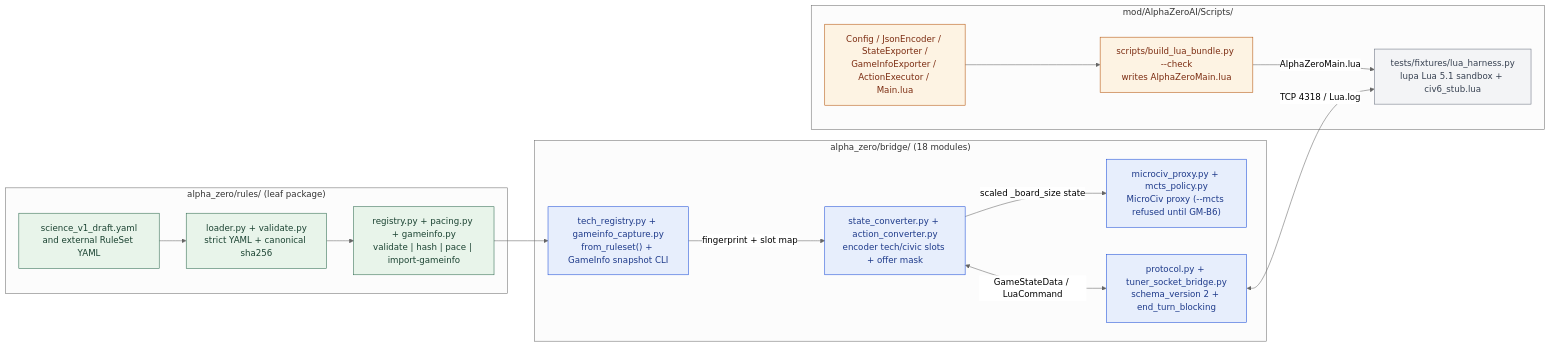
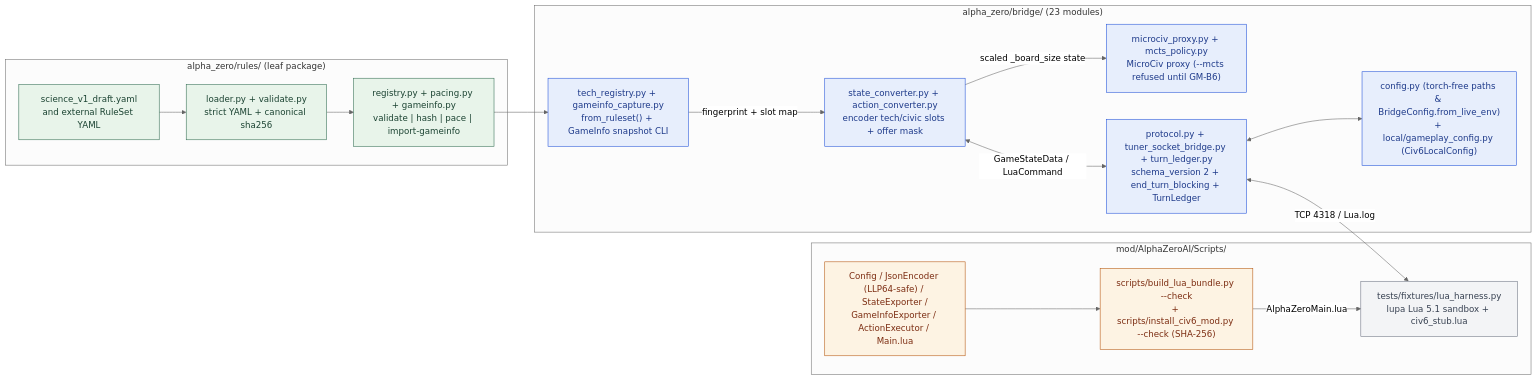
One commit to Mango-Metrics-NLM/Civ6-AlphaZero changed the ninth of 9 diagrams in docs/architecture/C4_ARCHITECTURE.md. Above: the diagram before and after it, drawn with Mermaid (neutral theme). The commit also changed other lines of this file and 45 other files, not shown here.

First line of the commit message:
fix(live-civ6): verify live mod parity, decompose gameplay config, and harden pre-PR gates

````diff
--- a/docs/architecture/C4_ARCHITECTURE.md
+++ b/docs/architecture/C4_ARCHITECTURE.md
@@ -546,33 +547,35 @@
 ```mermaid
 flowchart LR
     classDef leaf fill:#e8f4ea,stroke:#2d6a4f,color:#1b4332
     classDef bridge fill:#e7eefc,stroke:#1d4ed8,color:#1e3a8a
     classDef lua fill:#fdf3e3,stroke:#b45309,color:#7c2d12
     classDef test fill:#f3f4f6,stroke:#6b7280,color:#374151
 
     subgraph Rules["alpha_zero/rules/ (leaf package)"]
         Yaml["science_v1_draft.yaml\nand external RuleSet YAML"]:::leaf
         Loader["loader.py + validate.py\nstrict YAML + canonical sha256"]:::leaf
         Registry["registry.py + pacing.py + gameinfo.py\nvalidate | hash | pace | import-gameinfo"]:::leaf
     end
 
-    subgraph BridgePy["alpha_zero/bridge/ (18 modules)"]
+    subgraph BridgePy["alpha_zero/bridge/ (23 modules)"]
+        ConfigPy["config.py (torch-free paths & BridgeConfig.from_live_env)\n+ local/gameplay_config.py (Civ6LocalConfig)"]:::bridge
         TechReg["tech_registry.py + gameinfo_capture.py\nfrom_ruleset() + GameInfo snapshot CLI"]:::bridge
         Converters["state_converter.py + action_converter.py\nencoder tech/civic slots + offer mask"]:::bridge
         ProxyRefusal["microciv_proxy.py + mcts_policy.py\nMicroCiv proxy (--mcts refused until GM-B6)"]:::bridge
-        Proto["protocol.py + tuner_socket_bridge.py\nschema_version 2 + end_turn_blocking"]:::bridge
+        Proto["protocol.py + tuner_socket_bridge.py + turn_ledger.py\nschema_version 2 + end_turn_blocking + TurnLedger"]:::bridge
     end
 
     subgraph ModLua["mod/AlphaZeroAI/Scripts/"]
-        SrcLua["Config / JsonEncoder / StateExporter /\nGameInfoExporter / ActionExecutor / Main.lua"]:::lua
-        Bundler["scripts/build_lua_bundle.py --check\nwrites AlphaZeroMain.lua"]:::lua
+        SrcLua["Config / JsonEncoder (LLP64-safe) / StateExporter /\nGameInfoExporter / ActionExecutor / Main.lua"]:::lua
+        Bundler["scripts/build_lua_bundle.py --check\n+ scripts/install_civ6_mod.py --check (SHA-256)"]:::lua
         Harness["tests/fixtures/lua_harness.py\nlupa Lua 5.1 sandbox + civ6_stub.lua"]:::test
     end
 
     Yaml --> Loader --> Registry --> TechReg
     TechReg -->|"fingerprint + slot map"| Converters
     Converters <-->|"GameStateData / LuaCommand"| Proto
+    Proto <--> ConfigPy
     Converters -->|"scaled _board_size state"| ProxyRefusal
     SrcLua --> Bundler -->|"AlphaZeroMain.lua"| Harness
     Proto <-->|"TCP 4318 / Lua.log"| Harness
 ```
````
